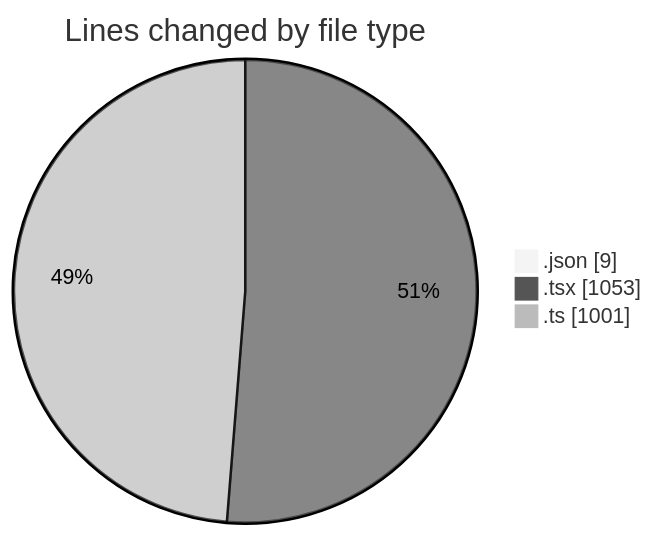
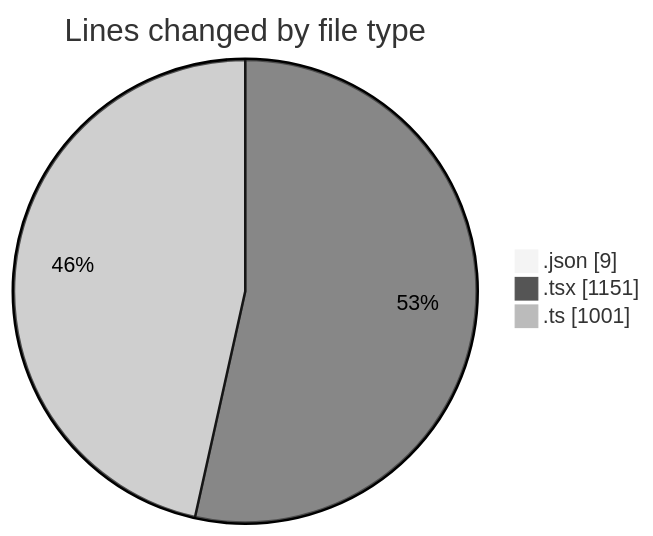
Before and after one commit to julien-gomy/code-tracking: the first of 2 diagrams in 2025-10-27/eventscop-frontend-guide__workspace_/README.md, drawn with Mermaid (neutral theme). The commit also changed other lines of this file and 1 other file, not shown here.

````diff
--- a/2025-10-27/eventscop-frontend-guide__workspace_/README.md
+++ b/2025-10-27/eventscop-frontend-guide__workspace_/README.md
@@ -26,7 +26,7 @@
 ```mermaid
 pie showData
 title Lines changed by file type
 ".json" : 9
-".tsx" : 1053
+".tsx" : 1151
 ".ts" : 1001
 ```
````
